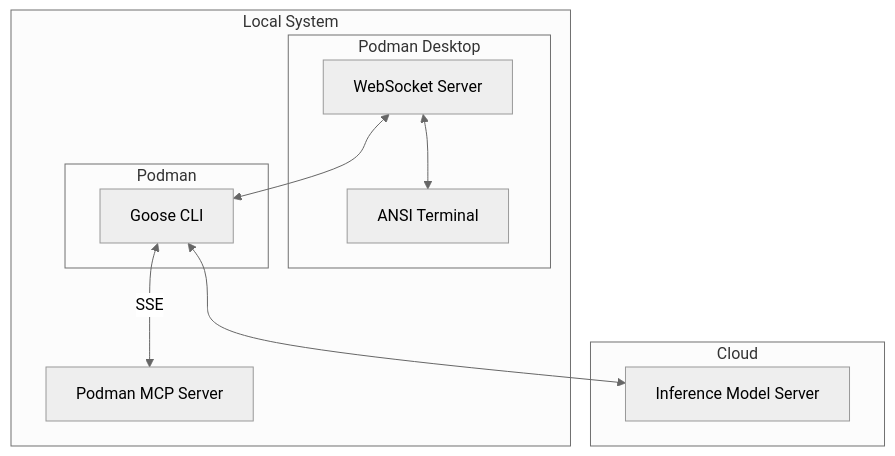
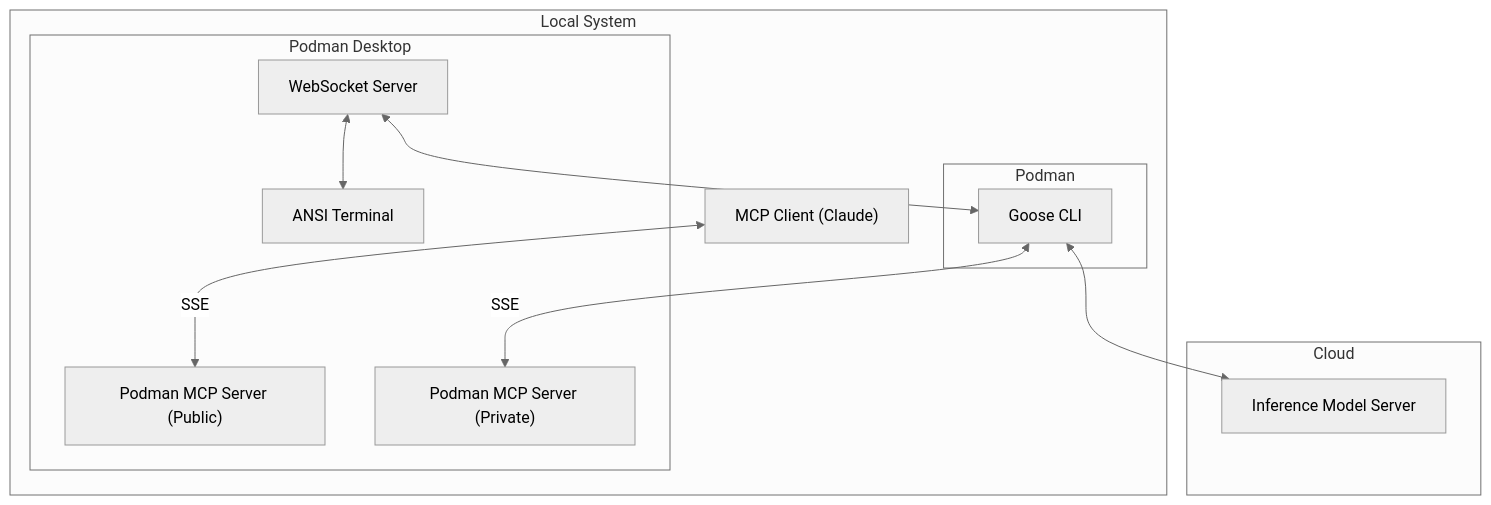
One commit to manusa/podman-desktop-agent-extension changed the diagram in README.md. Above: the diagram before and after it, drawn with Mermaid (neutral theme). The commit also changed 2 other files, not shown here.

Commit message:
test: configuration from Podman Desktop settings

````diff
--- a/README.md
+++ b/README.md
@@ -3,20 +3,24 @@
 ```mermaid
 graph TD
     subgraph "Local System"
         subgraph "Podman Desktop"
             WebSocket["WebSocket Server"]
             Embedded_Terminal["ANSI Terminal"]
+            MCP_Server_public["Podman MCP Server (Public)"]
+            MCP_Server_private["Podman MCP Server (Private)"]
         end
         subgraph "Podman"
             Goose_CLI["Goose CLI"]
         end
-        MCP_Server["Podman MCP Server"]
+        MCP_Client["MCP Client (Claude)"]
     end
     subgraph "Cloud"
         Inference_Model["Inference Model Server"]
     end
     WebSocket <--> Embedded_Terminal
     WebSocket <--> Goose_CLI
-    Goose_CLI <-->|SSE| MCP_Server
+    Goose_CLI <--> |SSE| MCP_Server_private
     Goose_CLI <--> Inference_Model
+
+    MCP_Client <--> |SSE| MCP_Server_public
 ```
````
